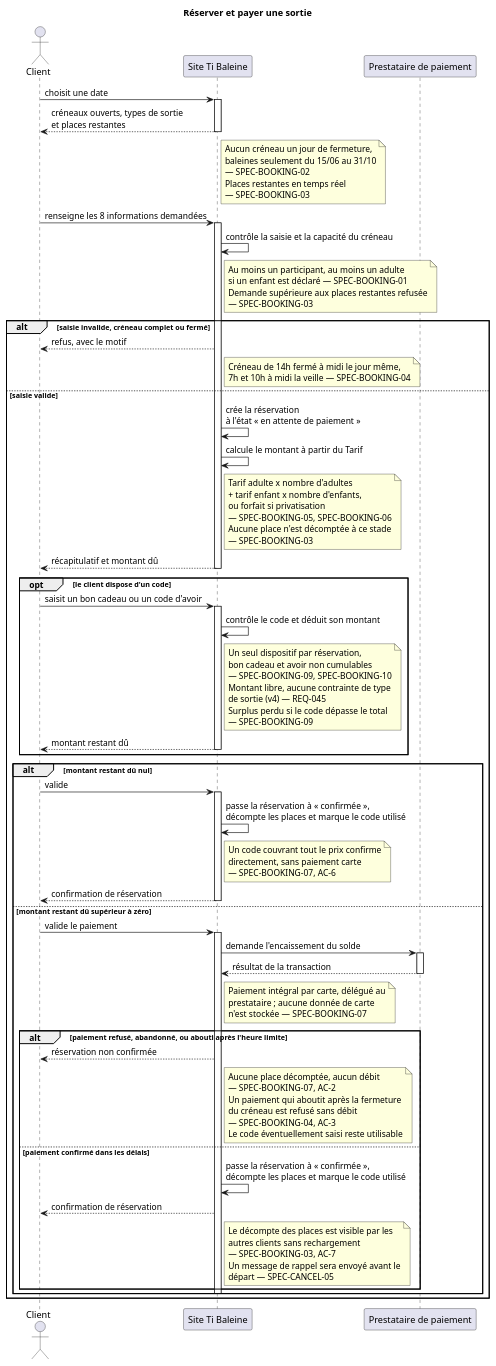
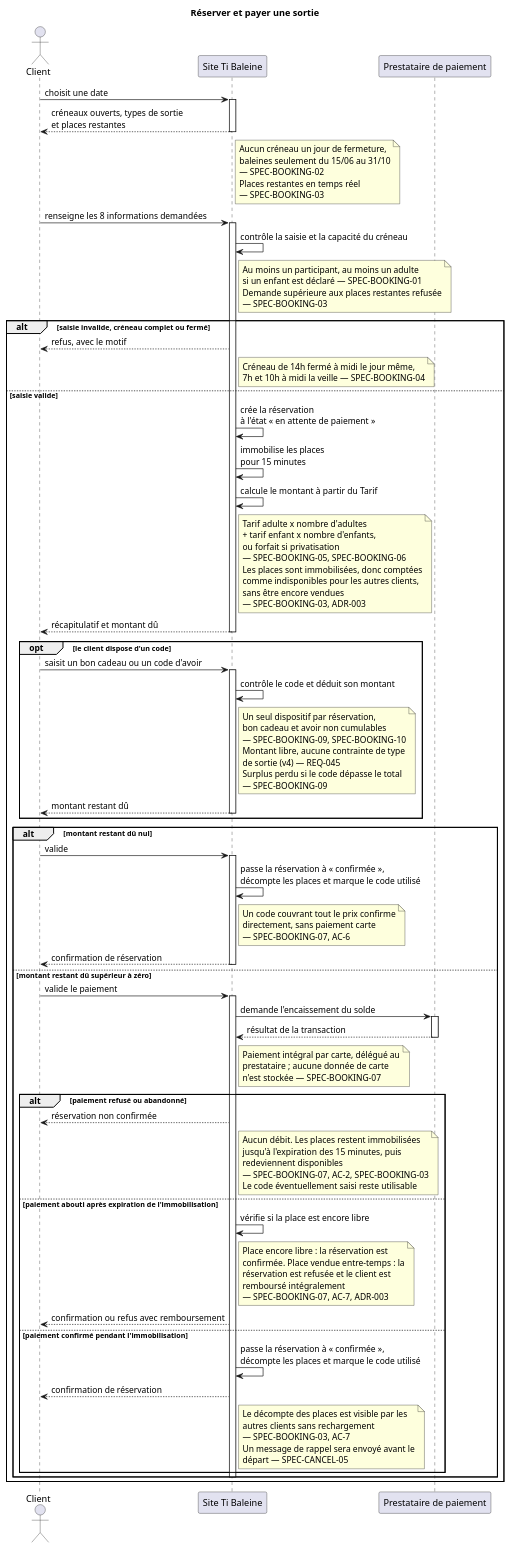
One commit to IamArayel/CDA9-Analyse-et-Conception-d-Applications changed the diagram in docs/uml/sequences/reserver-payer-sortie.puml. Above: the diagram before and after it, drawn with PlantUML. The commit also changed 2 other files, not shown here.

Commit message:
docs(uml): réécrire la séquence d'annulation météo et intégrer l'immobilisation

```diff
--- a/docs/uml/sequences/reserver-payer-sortie.puml
+++ b/docs/uml/sequences/reserver-payer-sortie.puml
@@ -1,124 +1,140 @@
 @startuml reserver-payer-sortie
 ' Séquence — Réserver et payer une sortie (UC2, UC1, UC3, UC11)
 ' Vocabulaire client (cf. cahier-des-charges.md §13 Glossaire).
 ' Réalise SPEC-BOOKING-01 à 04, 06, 07, 09, 10.
+' Les places sont immobilisées 15 minutes dès la validation du formulaire
+' (ADR-003) : le second client sur la dernière place est refusé avant de
+' saisir sa carte, et non après avoir payé.
 ' Le gérant n'intervient à aucun moment : le site est l'unique point
 ' d'entrée d'une nouvelle réservation (REQ-036).
 
 title Réserver et payer une sortie
 
 actor "Client" as Client
 participant "Site Ti Baleine" as Site
 participant "Prestataire de paiement" as Paiement
 
 Client -> Site : choisit une date
 activate Site
 Site --> Client : créneaux ouverts, types de sortie\net places restantes
 note right of Site
   Aucun créneau un jour de fermeture,
   baleines seulement du 15/06 au 31/10
   — SPEC-BOOKING-02
   Places restantes en temps réel
   — SPEC-BOOKING-03
 end note
 deactivate Site
 
 Client -> Site : renseigne les 8 informations demandées
 activate Site
 Site -> Site : contrôle la saisie et la capacité du créneau
 note right of Site
   Au moins un participant, au moins un adulte
   si un enfant est déclaré — SPEC-BOOKING-01
   Demande supérieure aux places restantes refusée
   — SPEC-BOOKING-03
 end note
 
 alt saisie invalide, créneau complet ou fermé
   Site --> Client : refus, avec le motif
   note right of Site
     Créneau de 14h fermé à midi le jour même,
     7h et 10h à midi la veille — SPEC-BOOKING-04
   end note
 else saisie valide
   Site -> Site : crée la réservation\nà l'état « en attente de paiement »
+  Site -> Site : immobilise les places\npour 15 minutes
   Site -> Site : calcule le montant à partir du Tarif
   note right of Site
     Tarif adulte x nombre d'adultes
     + tarif enfant x nombre d'enfants,
     ou forfait si privatisation
     — SPEC-BOOKING-05, SPEC-BOOKING-06
-    Aucune place n'est décomptée à ce stade
-    — SPEC-BOOKING-03
+    Les places sont immobilisées, donc comptées
+    comme indisponibles pour les autres clients,
+    sans être encore vendues
+    — SPEC-BOOKING-03, ADR-003
   end note
   Site --> Client : récapitulatif et montant dû
   deactivate Site
 
   opt le client dispose d'un code
     Client -> Site : saisit un bon cadeau ou un code d'avoir
     activate Site
     Site -> Site : contrôle le code et déduit son montant
     note right of Site
       Un seul dispositif par réservation,
       bon cadeau et avoir non cumulables
       — SPEC-BOOKING-09, SPEC-BOOKING-10
       Montant libre, aucune contrainte de type
       de sortie (v4) — REQ-045
       Surplus perdu si le code dépasse le total
       — SPEC-BOOKING-09
     end note
     Site --> Client : montant restant dû
     deactivate Site
   end
 
   alt montant restant dû nul
     Client -> Site : valide
     activate Site
     Site -> Site : passe la réservation à « confirmée »,\ndécompte les places et marque le code utilisé
     note right of Site
       Un code couvrant tout le prix confirme
       directement, sans paiement carte
       — SPEC-BOOKING-07, AC-6
     end note
     Site --> Client : confirmation de réservation
     deactivate Site
 
   else montant restant dû supérieur à zéro
     Client -> Site : valide le paiement
     activate Site
     Site -> Paiement : demande l'encaissement du solde
     activate Paiement
     Paiement --> Site : résultat de la transaction
     deactivate Paiement
     note right of Site
       Paiement intégral par carte, délégué au
       prestataire ; aucune donnée de carte
       n'est stockée — SPEC-BOOKING-07
     end note
 
-    alt paiement refusé, abandonné, ou abouti après l'heure limite
+    alt paiement refusé ou abandonné
       Site --> Client : réservation non confirmée
       note right of Site
-        Aucune place décomptée, aucun débit
-        — SPEC-BOOKING-07, AC-2
-        Un paiement qui aboutit après la fermeture
-        du créneau est refusé sans débit
-        — SPEC-BOOKING-04, AC-3
+        Aucun débit. Les places restent immobilisées
+        jusqu'à l'expiration des 15 minutes, puis
+        redeviennent disponibles
+        — SPEC-BOOKING-07, AC-2, SPEC-BOOKING-03
         Le code éventuellement saisi reste utilisable
       end note
 
-    else paiement confirmé dans les délais
+    else paiement abouti après expiration de l'immobilisation
+      Site -> Site : vérifie si la place est encore libre
+      note right of Site
+        Place encore libre : la réservation est
+        confirmée. Place vendue entre-temps : la
+        réservation est refusée et le client est
+        remboursé intégralement
+        — SPEC-BOOKING-07, AC-7, ADR-003
+      end note
+      Site --> Client : confirmation ou refus avec remboursement
+
+    else paiement confirmé pendant l'immobilisation
       Site -> Site : passe la réservation à « confirmée »,\ndécompte les places et marque le code utilisé
       Site --> Client : confirmation de réservation
       note right of Site
         Le décompte des places est visible par les
         autres clients sans rechargement
         — SPEC-BOOKING-03, AC-7
         Un message de rappel sera envoyé avant le
         départ — SPEC-CANCEL-05
       end note
     end
     deactivate Site
   end
 end
 
 @enduml
```
